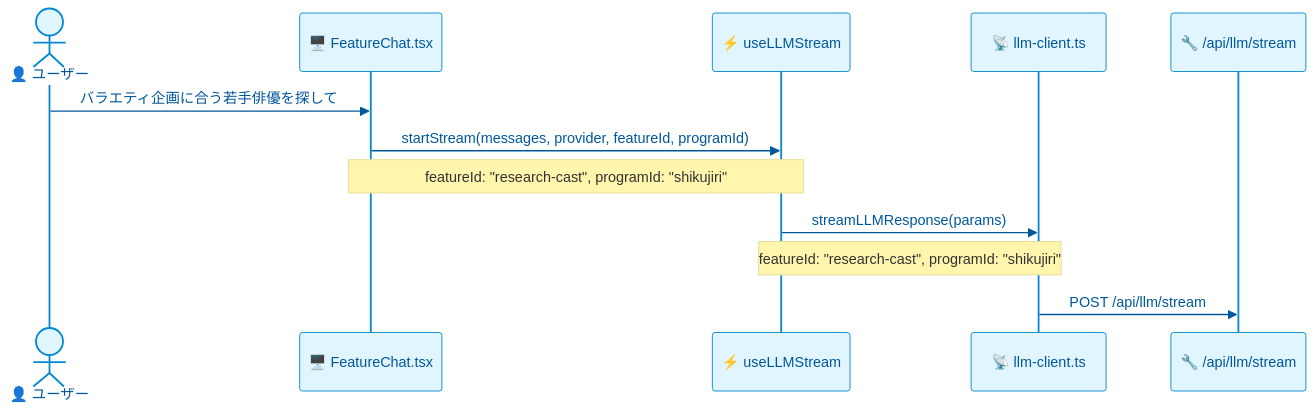
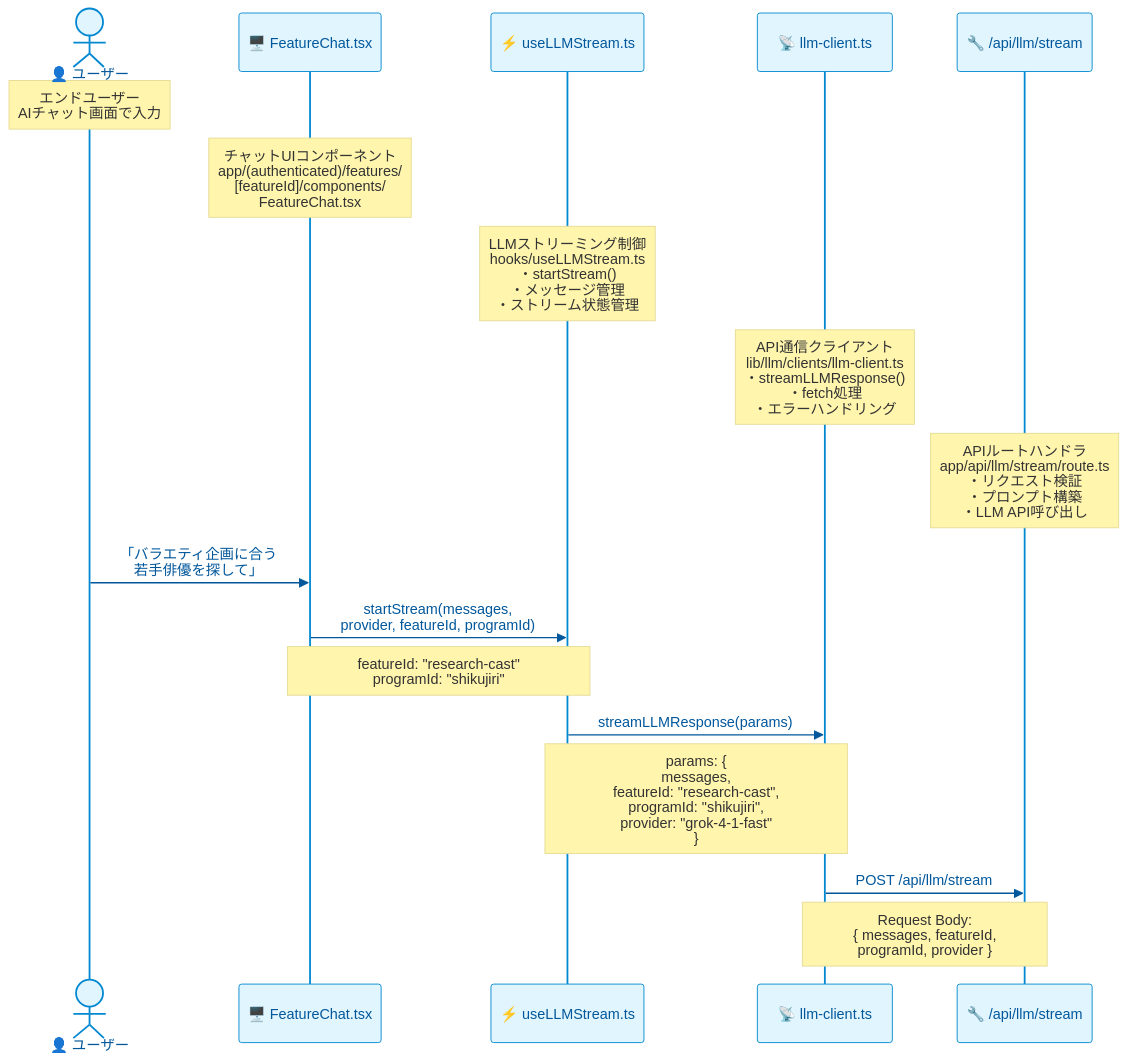
Before and after one commit to langcore-org/united-productions-web: the second of 7 diagrams in docs/specs/api-integration/system-prompt-generation.md, drawn with Mermaid. The commit also changed other lines of this file and 12 other files, not shown here.

````diff
--- a/docs/specs/api-integration/system-prompt-generation.md
+++ b/docs/specs/api-integration/system-prompt-generation.md
@@ -71,16 +71,23 @@
 ```mermaid
 %%{init: {'theme': 'base', 'themeVariables': { 'primaryColor': '#e1f5fe', 'primaryTextColor': '#01579b', 'primaryBorderColor': '#0288d1', 'lineColor': '#0288d1', 'secondaryColor': '#fff3e0', 'tertiaryColor': '#e8f5e9', 'actorBkgColor': '#e1f5fe', 'actorTextColor': '#01579b', 'actorLineColor': '#0288d1', 'background': '#fafafa'}}}%%
 sequenceDiagram
     actor User as 👤 ユーザー
     participant FC as 🖥️ FeatureChat.tsx
-    participant Hook as ⚡ useLLMStream
+    participant Hook as ⚡ useLLMStream.ts
     participant Client as 📡 llm-client.ts
     participant API as 🔧 /api/llm/stream
 
-    User->>FC: バラエティ企画に合う若手俳優を探して
-    FC->>Hook: startStream(messages, provider, featureId, programId)
-    Note over FC,Hook: featureId: "research-cast", programId: "shikujiri"
+    Note over User: エンドユーザー<br/>AIチャット画面で入力
+    Note over FC: チャットUIコンポーネント<br/>app/(authenticated)/features/<br/>[featureId]/components/<br/>FeatureChat.tsx
+    Note over Hook: LLMストリーミング制御<br/>hooks/useLLMStream.ts<br/>・startStream()<br/>・メッセージ管理<br/>・ストリーム状態管理
+    Note over Client: API通信クライアント<br/>lib/llm/clients/llm-client.ts<br/>・streamLLMResponse()<br/>・fetch処理<br/>・エラーハンドリング
+    Note over API: APIルートハンドラ<br/>app/api/llm/stream/route.ts<br/>・リクエスト検証<br/>・プロンプト構築<br/>・LLM API呼び出し
+
+    User->>FC: 「バラエティ企画に合う<br/>若手俳優を探して」
+    FC->>Hook: startStream(messages,<br/>provider, featureId, programId)
+    Note over FC,Hook: featureId: "research-cast"<br/>programId: "shikujiri"
     Hook->>Client: streamLLMResponse(params)
-    Note over Hook,Client: featureId: "research-cast", programId: "shikujiri"
+    Note over Hook,Client: params: {<br/>  messages,<br/>  featureId: "research-cast",<br/>  programId: "shikujiri",<br/>  provider: "grok-4-1-fast"<br/>}
     Client->>API: POST /api/llm/stream
+    Note over Client,API: Request Body:<br/>{ messages, featureId,<br/>  programId, provider }
 ```
````
